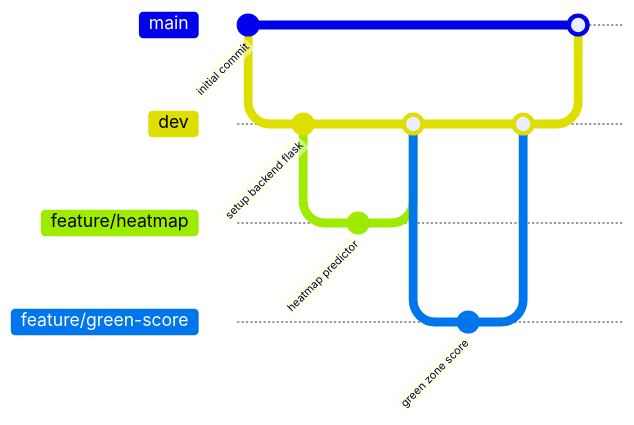
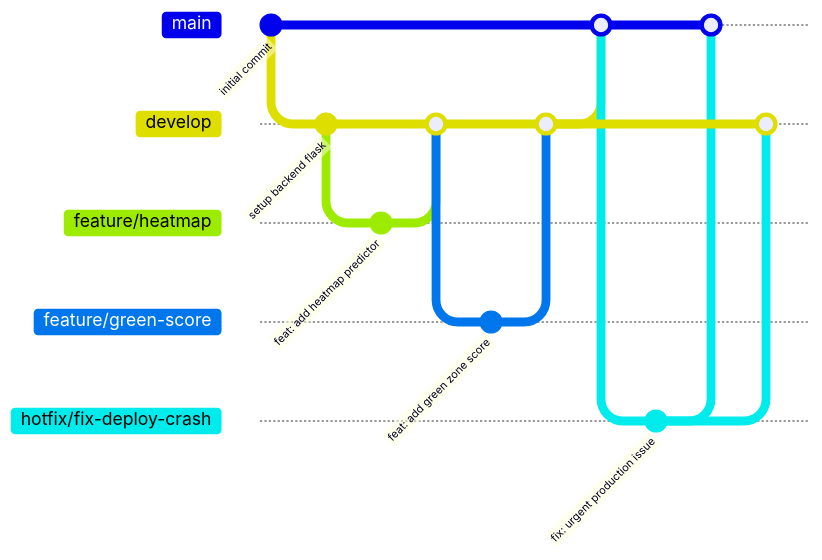
One commit to iwsanren/comp47360_team9 changed the diagram in docs/git_workflow.md. Above: the diagram before and after it, drawn with Mermaid. The commit also changed other lines of this file and 2 other files, not shown here.

````diff
--- a/docs/git_workflow.md
+++ b/docs/git_workflow.md
@@ -68,16 +90,27 @@
 ```mermaid
 gitGraph
    commit id: "initial commit"
-   branch dev
+   branch develop
    commit id: "setup backend flask"
+
    branch feature/heatmap
-   commit id: "heatmap predictor"
-   checkout dev
+   commit id: "feat: add heatmap predictor"
+   checkout develop
    merge feature/heatmap
+
    branch feature/green-score
-   commit id: "green zone score"
-   checkout dev
+   commit id: "feat: add green zone score"
+   checkout develop
    merge feature/green-score
+
    checkout main
-   merge dev
+   merge develop
+
+   branch hotfix/fix-deploy-crash
+   commit id: "fix: urgent production issue"
+   checkout main
+   merge hotfix/fix-deploy-crash
+   checkout develop
+   merge hotfix/fix-deploy-crash
+
 ```
````
